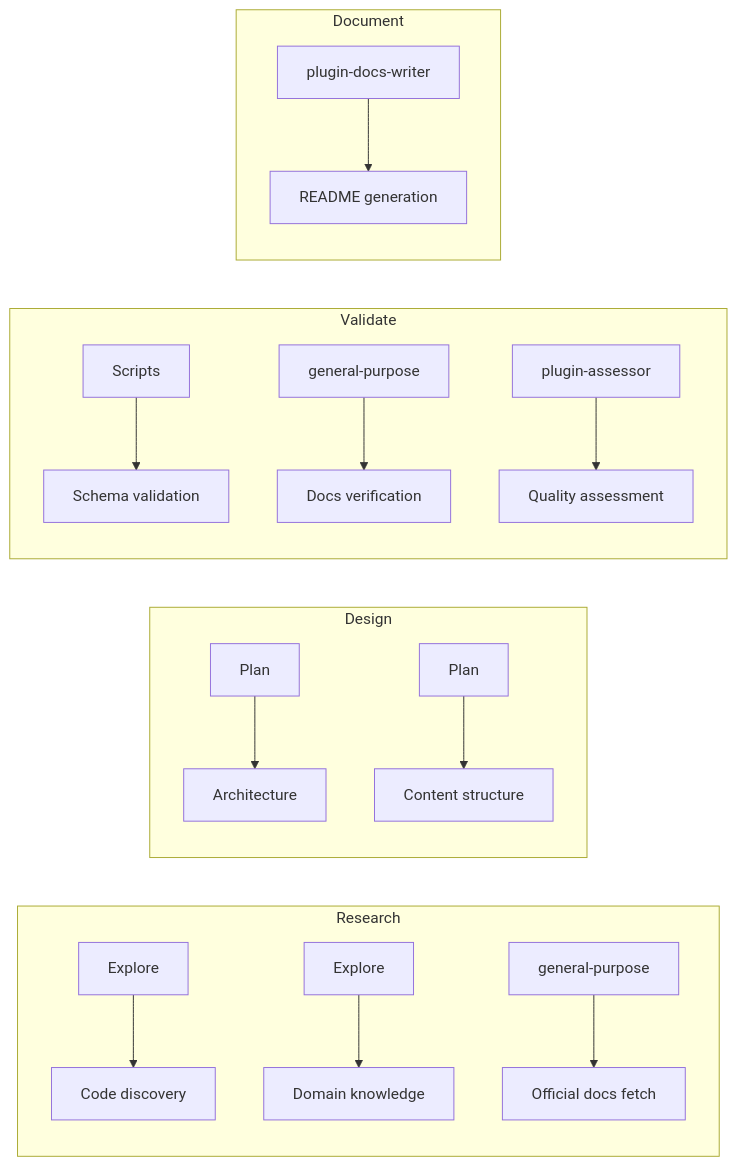
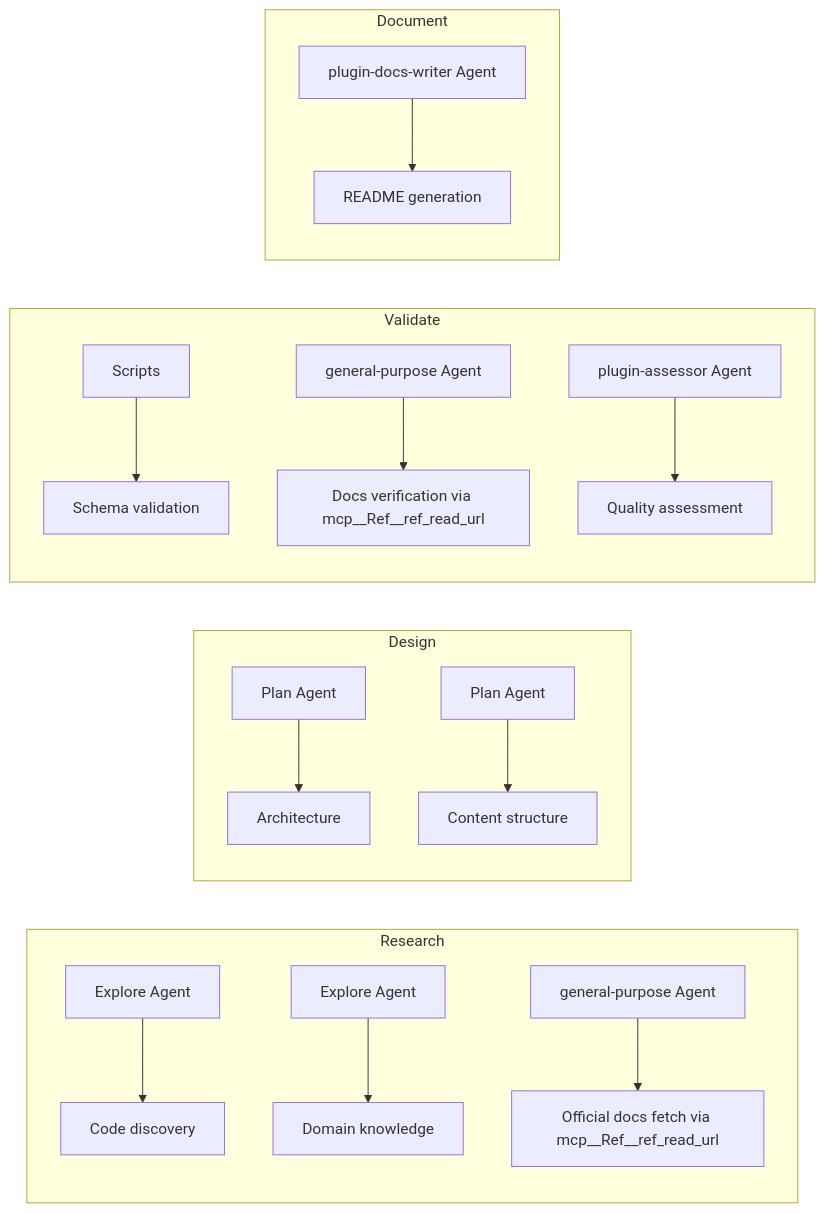
One commit to chgreer1070/claude_skills changed the ninth of 11 diagrams in plugins/plugin-creator/skills/plugin-creator/references/workflow-diagram.md. Above: the diagram before and after it, drawn with Mermaid. The commit also changed other lines of this file and 52 other files, not shown here.

````diff
--- a/plugins/plugin-creator/skills/plugin-creator/references/workflow-diagram.md
+++ b/plugins/plugin-creator/skills/plugin-creator/references/workflow-diagram.md
@@ -191,23 +191,23 @@
 ```mermaid
 flowchart LR
     subgraph Research
-        R1[Explore] --> R1T[Code discovery]
-        R2[Explore] --> R2T[Domain knowledge]
-        R3[general-purpose] --> R3T[Official docs fetch]
+        R1[Explore Agent] --> R1T[Code discovery]
+        R2[Explore Agent] --> R2T[Domain knowledge]
+        R3[general-purpose Agent] --> R3T[Official docs fetch via mcp__Ref__ref_read_url]
     end
 
     subgraph Design
-        D1[Plan] --> D1T[Architecture]
-        D2[Plan] --> D2T[Content structure]
+        D1[Plan Agent] --> D1T[Architecture]
+        D2[Plan Agent] --> D2T[Content structure]
     end
 
     subgraph Validate
         V1[Scripts] --> V1T[Schema validation]
-        V2[general-purpose] --> V2T[Docs verification]
-        V3[plugin-assessor] --> V3T[Quality assessment]
+        V2[general-purpose Agent] --> V2T[Docs verification via mcp__Ref__ref_read_url]
+        V3[plugin-assessor Agent] --> V3T[Quality assessment]
     end
 
     subgraph Document
-        DOC[plugin-docs-writer] --> DOCT[README generation]
+        DOC[plugin-docs-writer Agent] --> DOCT[README generation]
     end
 ```
````
